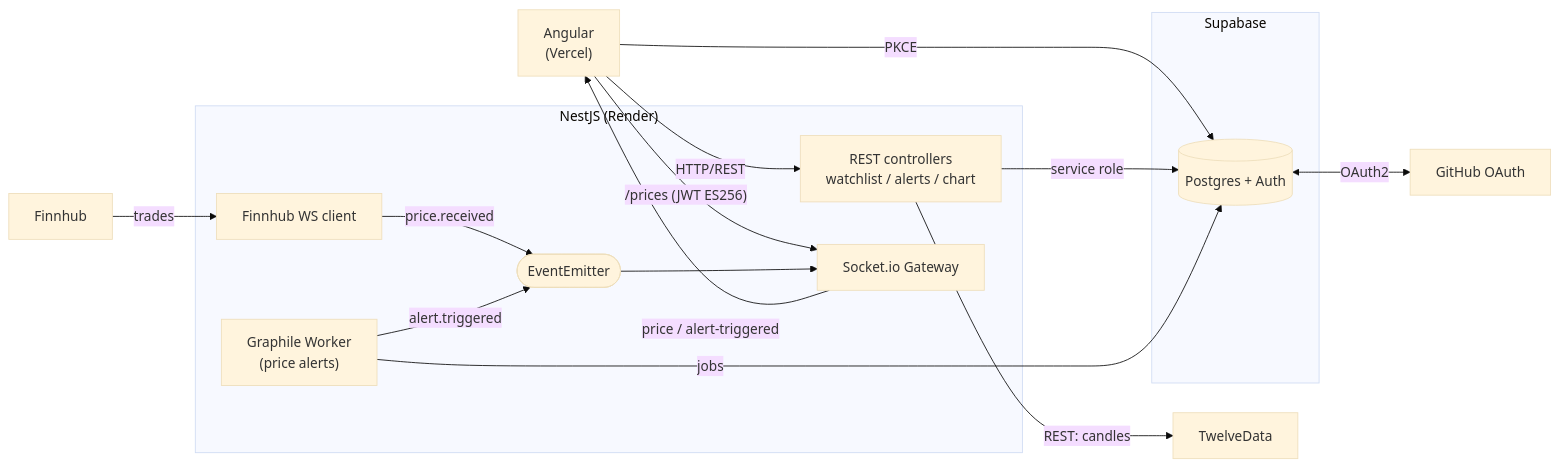
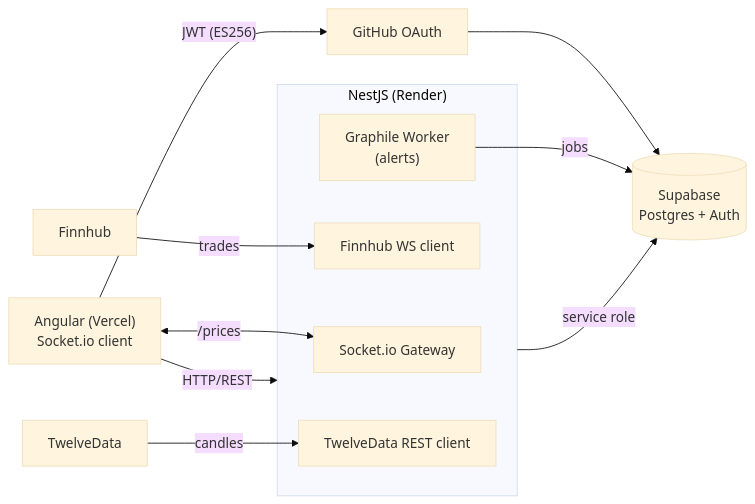
The diagram in README.md (toruiwasa/pulseticker), drawn with Mermaid (base theme) before and after one commit.

Commit message:
fix(docs): restore the architecture diagram's original information content
The mermaid conversion was asked to fix the ASCII diagram's alignment.
It redesigned the diagram instead, which both added nodes that were
never there and silently dropped ones that were.

Restored: the browser-side Socket.io client, the TwelveData REST client
component, and `JWT (ES256)` back on the auth edge where it belongs.

Removed the additions: the EventEmitter node, the REST controllers node
and the four event-name labels. Those describe the internal path of a
price tick — a process flow, not a container diagram — and the original
deliberately drew only the edges crossing the NestJS boundary. That
belongs in PLAN.md, not the README.

The one intentional departure from the ASCII original: it drew Supabase
Postgres as two separate boxes (service-role access and Graphile Worker
jobs). They are the same database, so this is a single node.

Claude-Session: https://claude.ai/code/session_01CfRvz75mz1nSSagDeVrD6c

````diff
--- a/README.md
+++ b/README.md
@@ -19,33 +19,24 @@
 ```mermaid
 flowchart LR
-    web["Angular<br/>(Vercel)"]
+    web["Angular (Vercel)<br/>Socket.io client"]
     gh["GitHub OAuth"]
     finnhub["Finnhub"]
     twelvedata["TwelveData"]
+    pg[("Supabase<br/>Postgres + Auth")]
 
-    subgraph render["NestJS (Render)"]
-        rest["REST controllers<br/>watchlist / alerts / chart"]
+    subgraph api["NestJS (Render)"]
         gateway["Socket.io Gateway"]
-        bus(["EventEmitter"])
         finnhubSvc["Finnhub WS client"]
-        worker["Graphile Worker<br/>(price alerts)"]
+        worker["Graphile Worker<br/>(alerts)"]
+        twelveSvc["TwelveData REST client"]
     end
 
-    subgraph supa["Supabase"]
-        pg[("Postgres + Auth")]
-    end
-
-    web -->|HTTP/REST| rest
-    web -->|"/prices (JWT ES256)"| gateway
-    gateway -->|"price / alert-triggered"| web
-    web -->|PKCE| pg
-    pg <-->|OAuth2| gh
-
-    rest -->|service role| pg
-    rest -->|"REST: candles"| twelvedata
+    web -->|HTTP/REST| api
+    web <-->|"/prices"| gateway
+    web -->|"JWT (ES256)"| gh
+    gh --> pg
+    api -->|service role| pg
     finnhub -->|trades| finnhubSvc
-    finnhubSvc -->|price.received| bus
-    worker -->|alert.triggered| bus
-    bus --> gateway
+    twelvedata -->|candles| twelveSvc
     worker -->|jobs| pg
 ```
````
